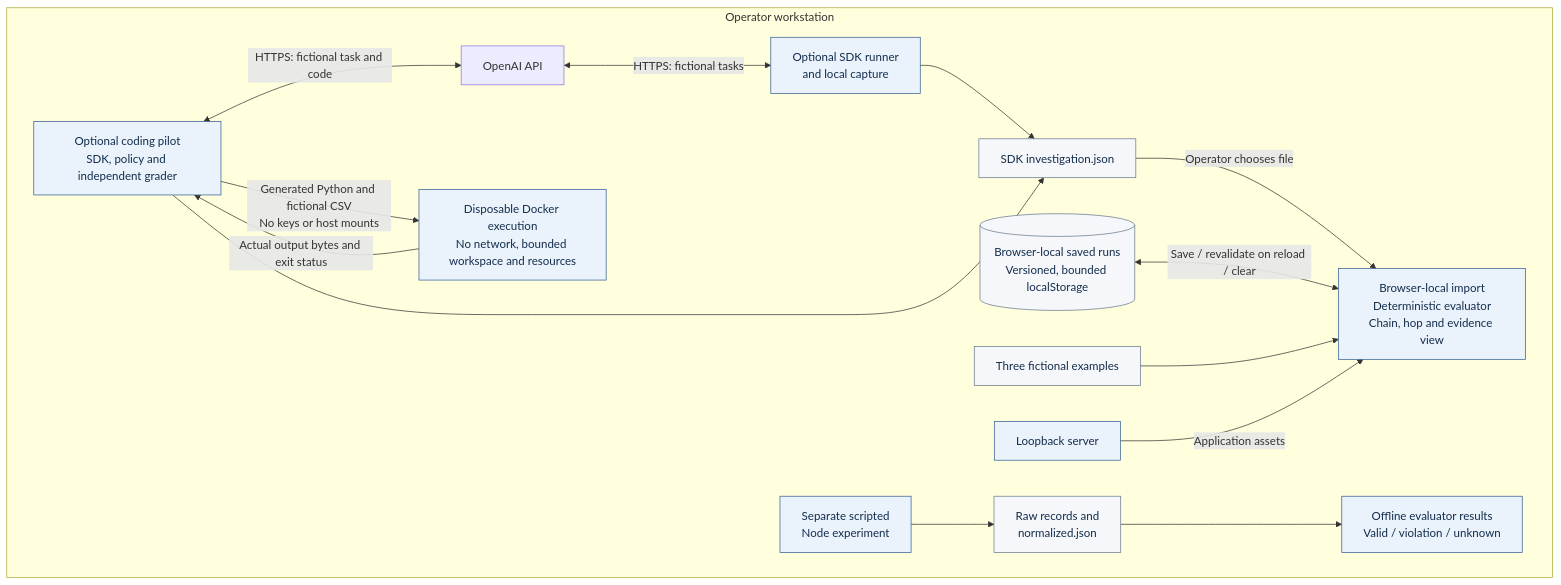
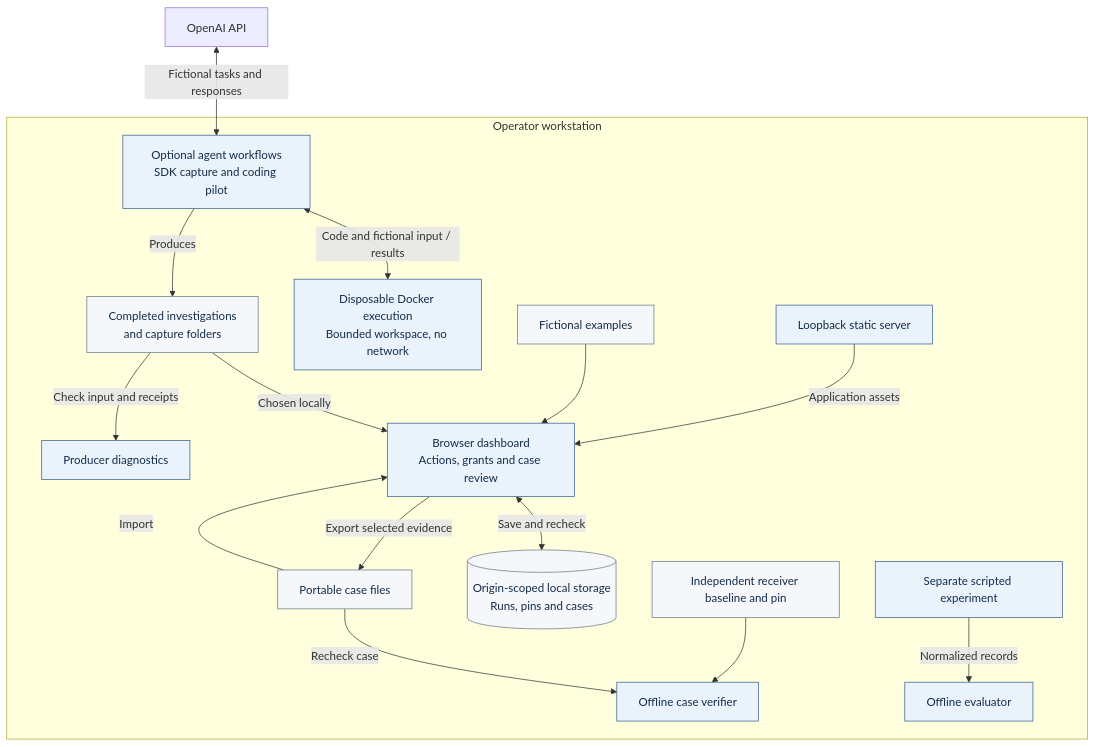
The diagram in docs/architecture/diagrams/system-overview.mmd (zrack/agent_delegation_control_plane), drawn with Mermaid before and after one commit. The commit also changed 69 other files, not shown here.

First line of the commit message:
Deliver offline review handoffs, verification and inbox recovery (#52)

```diff
--- a/docs/architecture/diagrams/system-overview.mmd
+++ b/docs/architecture/diagrams/system-overview.mmd
@@ -1,19 +1,21 @@
 flowchart TB
-    API[OpenAI API] <-->|HTTPS: fictional tasks| Runner
+    API[OpenAI API] <-->|Fictional tasks and responses| Runner
     subgraph local[Operator workstation]
-      Runner[Optional SDK runner<br/>and local capture] --> JSON[SDK investigation.json]
-      JSON -->|Operator chooses file| Browser[Browser-local import<br/>Deterministic evaluator<br/>Chain, hop and evidence view]
-      Saved[(Browser-local saved runs<br/>Versioned, bounded localStorage)] <-->|Save / revalidate on reload / clear| Browser
-      Fixtures[Three fictional examples] --> Browser
-      Server[Loopback server] -->|Application assets| Browser
-      Experiment[Separate scripted<br/>Node experiment] --> Normalized[Raw records and<br/>normalized.json]
-      Normalized --> Offline[Offline evaluator results<br/>Valid / violation / unknown]
-      Pilot[Optional coding pilot<br/>SDK, policy and independent grader] <-->|HTTPS: fictional task and code| API
-      Pilot -->|Generated Python and fictional CSV<br/>No keys or host mounts| Sandbox[Disposable Docker execution<br/>No network, bounded workspace and resources]
-      Sandbox -->|Actual output bytes and exit status| Pilot
-      Pilot --> JSON
+      Runner[Optional agent workflows<br/>SDK capture and coding pilot]
+      Runner <-->|Code and fictional input / results| Sandbox[Disposable Docker execution<br/>Bounded workspace, no network]
+      Runner -->|Produces| Files[Completed investigations<br/>and capture folders]
+      Fixtures[Fictional examples] --> Viewer
+      Files -->|Chosen locally| Viewer[Browser dashboard<br/>Actions, grants and case review]
+      Server[Loopback static server] -->|Application assets| Viewer
+      Viewer <-->|Save and recheck| Saved[(Origin-scoped local storage<br/>Runs, pins and cases)]
+      Viewer -->|Export selected evidence| Packages[Portable case files]
+      Packages -->|Import| Viewer
+      Files -->|Check input and receipts| Producer[Producer diagnostics]
+      Packages -->|Recheck case| Receiver[Offline case verifier]
+      Pin[Independent receiver baseline and pin] --> Receiver
+      Experiment[Separate scripted experiment] -->|Normalized records| Eval[Offline evaluator]
     end
     classDef process fill:#eaf2fc,stroke:#325e91,color:#132d4b
     classDef data fill:#f5f7fa,stroke:#66788c,color:#132d4b
-    class Runner,Browser,Server,Experiment,Offline,Pilot,Sandbox process
-    class JSON,Fixtures,Normalized,Saved data
+    class Runner,Viewer,Server,Experiment,Eval,Producer,Receiver,Sandbox process
+    class Files,Fixtures,Packages,Pin,Saved data
```
